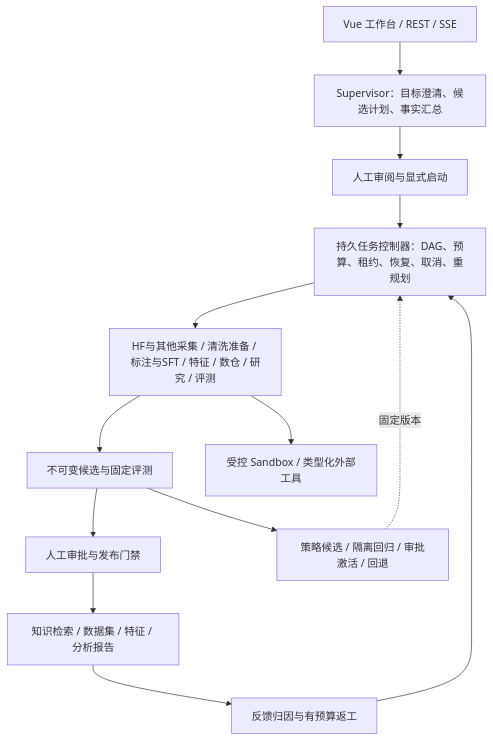
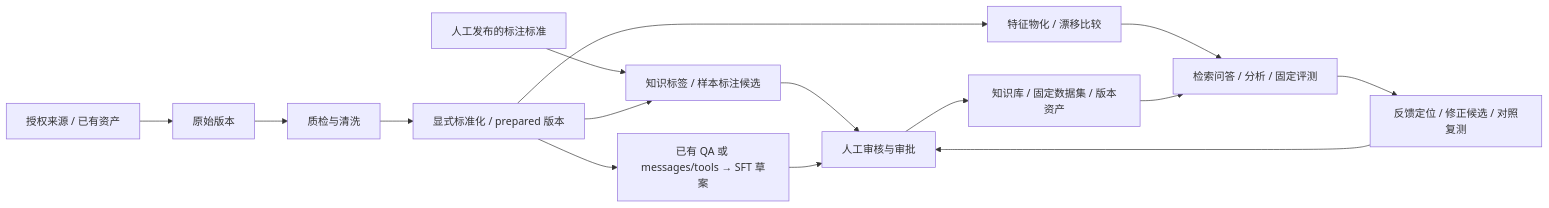
The diagram in README.md (larry-zy/cognida), drawn with Mermaid before and after one commit. The commit also changed other lines of this file, not shown here.

Commit message:
docs: align README with architecture and current implementation

````diff
--- a/README.md
+++ b/README.md
@@ -82,15 +47,17 @@
 ```mermaid
-flowchart TB
-  UI[Vue 工作台 / REST / SSE] --> Supervisor[Supervisor：目标澄清、候选计划、事实汇总]
-  Supervisor --> Review[人工审阅与显式启动]
-  Review --> Runtime[持久任务控制器：DAG、预算、租约、恢复、取消、重规划]
-  Runtime --> Domains[HF与其他采集 / 清洗准备 / 标注与SFT / 特征 / 数仓 / 研究 / 评测]
-  Domains --> Candidate[不可变候选与固定评测]
-  Candidate --> Approval[人工审批与发布门禁]
-  Approval --> Consume[知识检索 / 数据集 / 特征 / 分析报告]
-  Consume --> Feedback[反馈归因与有预算返工]
-  Feedback --> Runtime
-  Candidate --> Strategy[策略候选 / 隔离回归 / 审批激活 / 回退]
-  Strategy -.固定版本.-> Runtime
-  Domains --> Sandbox[受控 Sandbox / 类型化外部工具]
+flowchart LR
+  Source[授权来源 / 已有资产] --> Raw[原始版本]
+  Raw --> Clean[质检与清洗]
+  Clean --> Prepared[显式标准化 / prepared 版本]
+  Standard[人工发布的标注标准] --> Label[知识标签 / 样本标注候选]
+  Prepared --> Label
+  Prepared --> SFT[已有 QA 或 messages/tools → SFT 草案]
+  Prepared --> Feature[特征物化 / 漂移比较]
+  Label --> Review[人工审核与审批]
+  SFT --> Review
+  Review --> Assets[知识库 / 固定数据集 / 版本资产]
+  Feature --> Use[检索问答 / 分析 / 固定评测]
+  Assets --> Use
+  Use --> Feedback[反馈定位 / 修正候选 / 对照复测]
+  Feedback --> Review
 ```
````
